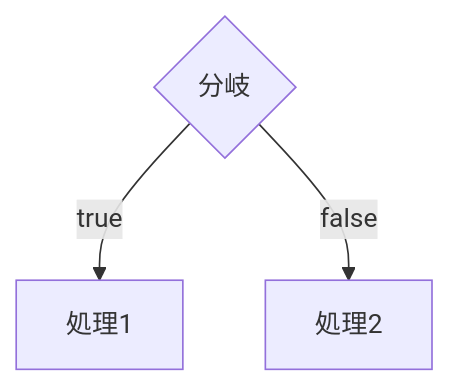
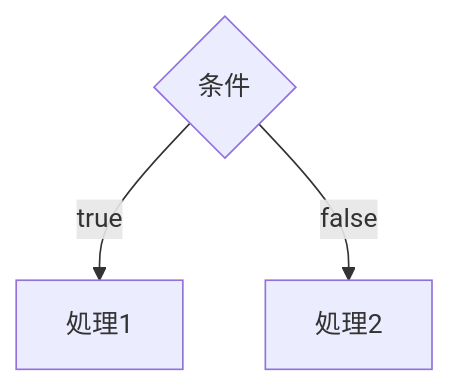
Before and after one commit to yattom/todo-breaking: the second of 4 diagrams in flowchart_examples.md, drawn with Mermaid. The commit also changed other lines of this file, not shown here.

````diff
--- a/flowchart_examples.md
+++ b/flowchart_examples.md
@@ -18,8 +18,8 @@
 ```mermaid
 flowchart TB
-    id0{分岐}
+    id0{条件}
     id1[処理1]
     id2[処理2]
     id0 -- true --> id1
     id0 -- false --> id2
 ```
````
